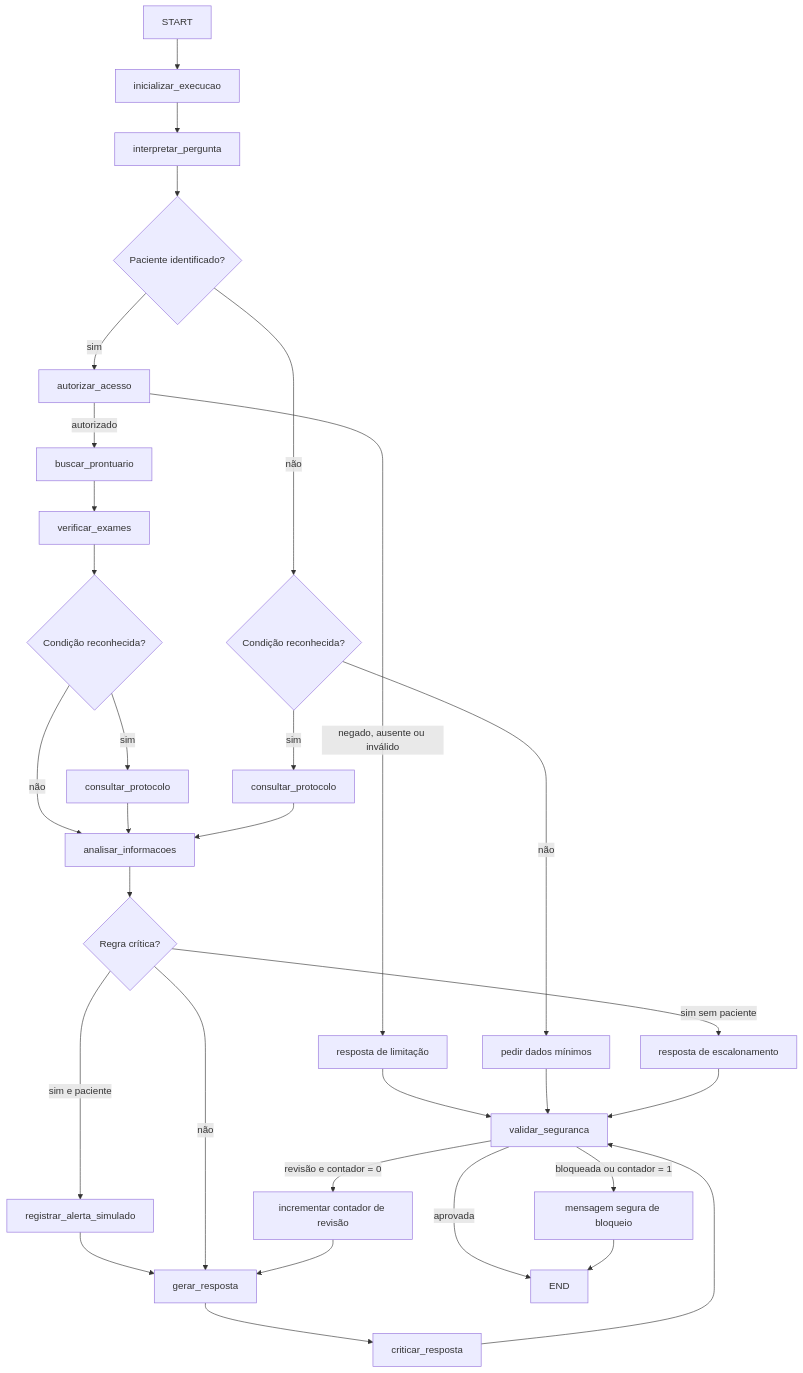
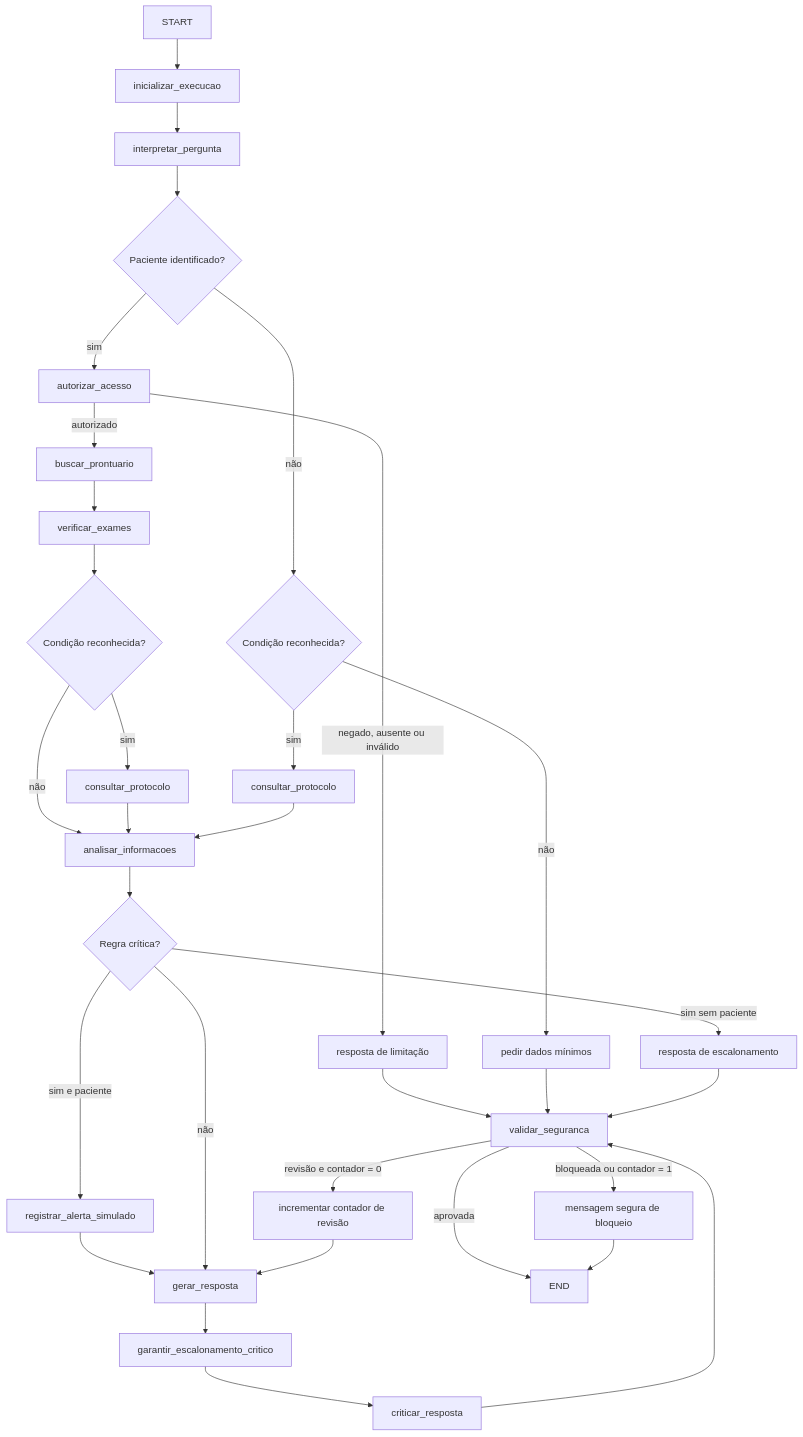
The first of 3 diagrams in docs/design-doc-langgraph.md (AraujoAlan/TechV3), drawn with Mermaid before and after one commit. The commit also changed other lines of this file and 7 other files, not shown here.

Commit message:
feat: implement final answer provider configuration and enhance workflow with critical escalation handling

```diff
--- a/docs/design-doc-langgraph.md
+++ b/docs/design-doc-langgraph.md
@@ -162,28 +164,29 @@
 ~~~mermaid
 flowchart TD
   START --> init[inicializar_execucao] --> interpret[interpretar_pergunta]
   interpret --> patient{Paciente identificado?}
   patient -->|sim| auth[autorizar_acesso]
   auth -->|negado, ausente ou inválido| limited[resposta de limitação]
   auth -->|autorizado| record[buscar_prontuario] --> exams[verificar_exames]
   patient -->|não| condition{Condição reconhecida?}
   condition -->|não| clarify[pedir dados mínimos]
   condition -->|sim| protocol_general[consultar_protocolo]
   exams --> condition_after_record{Condição reconhecida?}
   condition_after_record -->|sim| protocol[consultar_protocolo]
   condition_after_record -->|não| analysis[analisar_informacoes]
   protocol --> analysis
   protocol_general --> analysis
   analysis --> critical{Regra crítica?}
   critical -->|sim e paciente| alert[registrar_alerta_simulado] --> answer[gerar_resposta]
   critical -->|sim sem paciente| escalation[resposta de escalonamento]
   critical -->|não| answer
-  answer --> critic[criticar_resposta]
+  answer --> escalation_check[garantir_escalonamento_critico]
+  escalation_check --> critic[criticar_resposta]
   critic --> safety[validar_seguranca]
   limited --> safety
   clarify --> safety
   escalation --> safety
   safety -->|aprovada| END
   safety -->|revisão e contador = 0| revise[incrementar contador de revisão] --> answer
   safety -->|bloqueada ou contador = 1| blocked[mensagem segura de bloqueio] --> END
 ~~~
```
